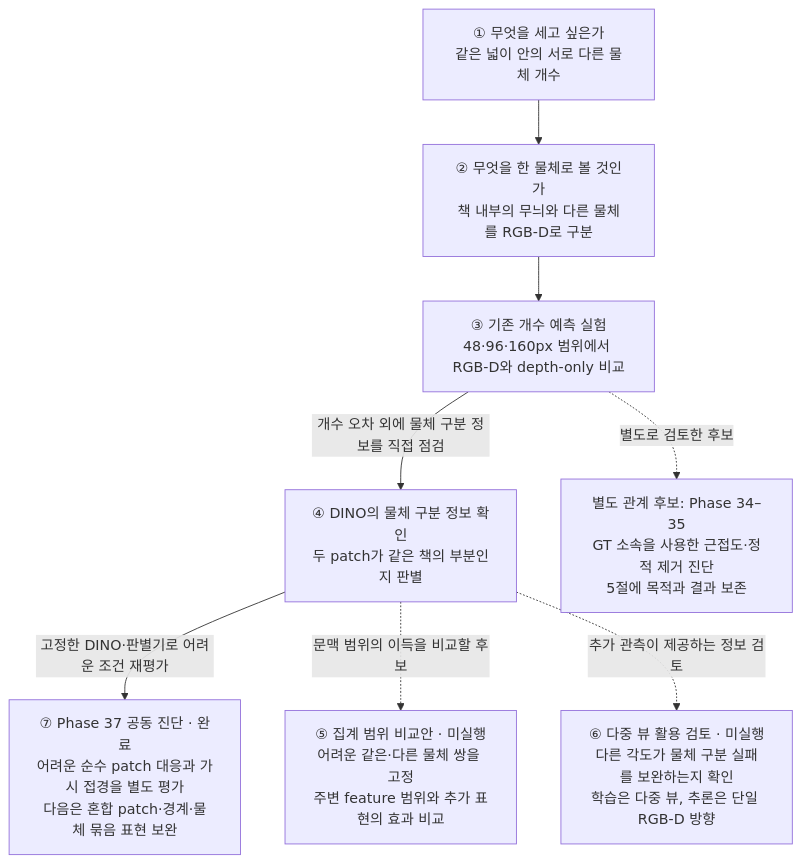
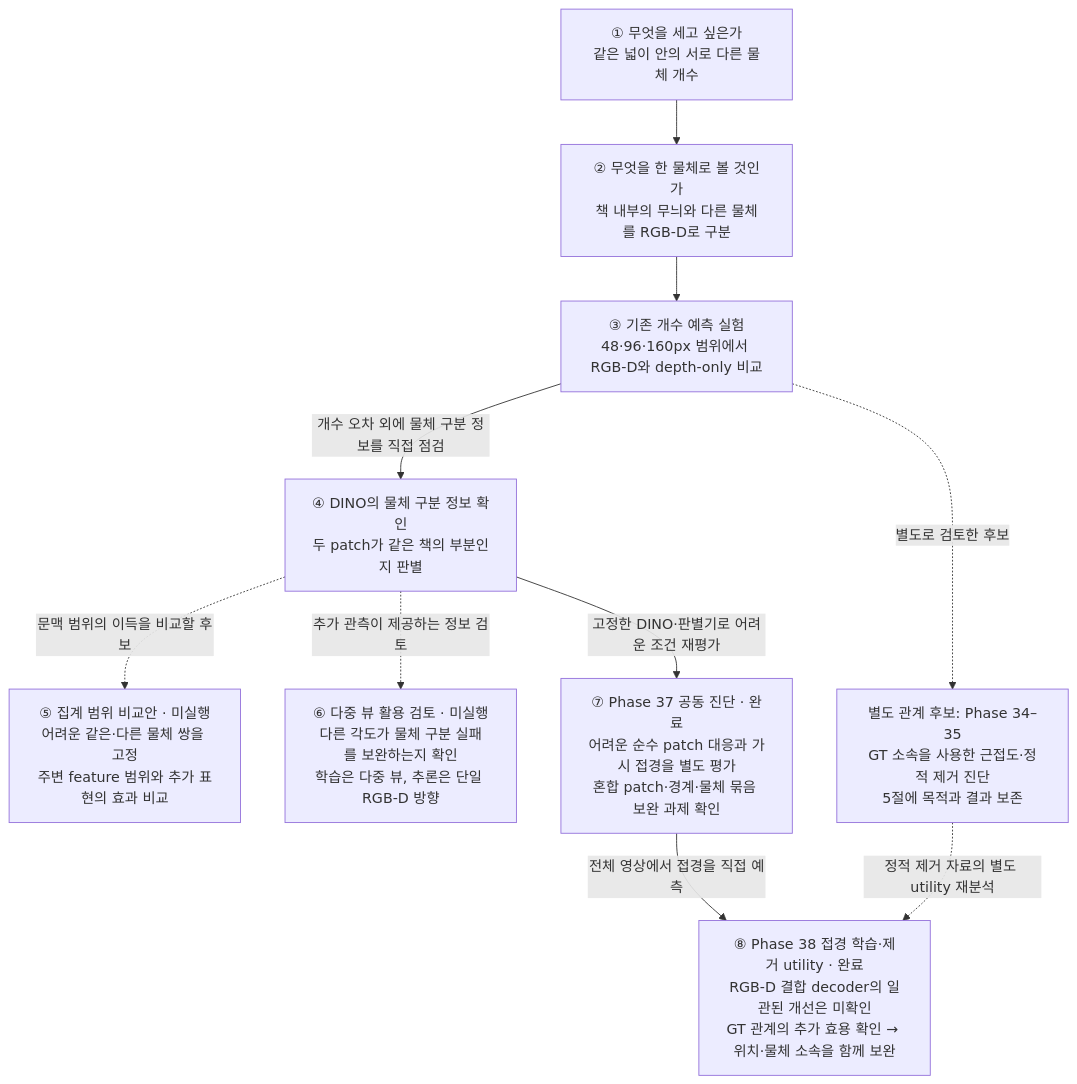
The first of 4 diagrams in complexity_stream.md (JeonHaneul/2D-PDM_DINOv3), drawn with Mermaid before and after one commit. The commit also changed other lines of this file and 6 other files, not shown here.

Commit message:
docs: record RGB-D boundary and relation utility evaluation

````diff
--- a/complexity_stream.md
+++ b/complexity_stream.md
@@ -21,17 +23,20 @@
 ```mermaid
 flowchart TD
     N1["① 무엇을 세고 싶은가<br/>같은 넓이 안의 서로 다른 물체 개수"]
     N2["② 무엇을 한 물체로 볼 것인가<br/>책 내부의 무늬와 다른 물체를 RGB-D로 구분"]
     N3["③ 기존 개수 예측 실험<br/>48·96·160px 범위에서 RGB-D와 depth-only 비교"]
     N4["④ DINO의 물체 구분 정보 확인<br/>두 patch가 같은 책의 부분인지 판별"]
     N5["⑤ 집계 범위 비교안 · 미실행<br/>어려운 같은·다른 물체 쌍을 고정<br/>주변 feature 범위와 추가 표현의 효과 비교"]
     N6["⑥ 다중 뷰 활용 검토 · 미실행<br/>다른 각도가 물체 구분 실패를 보완하는지 확인<br/>학습은 다중 뷰, 추론은 단일 RGB-D 방향"]
-    N7["⑦ Phase 37 공동 진단 · 완료<br/>어려운 순수 patch 대응과 가시 접경을 별도 평가<br/>다음은 혼합 patch·경계·물체 묶음 표현 보완"]
+    N7["⑦ Phase 37 공동 진단 · 완료<br/>어려운 순수 patch 대응과 가시 접경을 별도 평가<br/>혼합 patch·경계·물체 묶음 보완 과제 확인"]
+    N8["⑧ Phase 38 접경 학습·제거 utility · 완료<br/>RGB-D 결합 decoder의 일관된 개선은 미확인<br/>GT 관계의 추가 효용 확인 → 위치·물체 소속을 함께 보완"]
     H["별도 관계 후보: Phase 34–35<br/>GT 소속을 사용한 근접도·정적 제거 진단<br/>5절에 목적과 결과 보존"]
     N1 --> N2 --> N3
     N3 -->|"개수 오차 외에 물체 구분 정보를 직접 점검"| N4
     N4 -->|"고정한 DINO·판별기로 어려운 조건 재평가"| N7
+    N7 -->|"전체 영상에서 접경을 직접 예측"| N8
+    H -. "정적 제거 자료의 별도 utility 재분석" .-> N8
     N4 -. "문맥 범위의 이득을 비교할 후보" .-> N5
     N4 -. "추가 관측이 제공하는 정보 검토" .-> N6
     N3 -. "별도로 검토한 후보" .-> H
 ```
````
